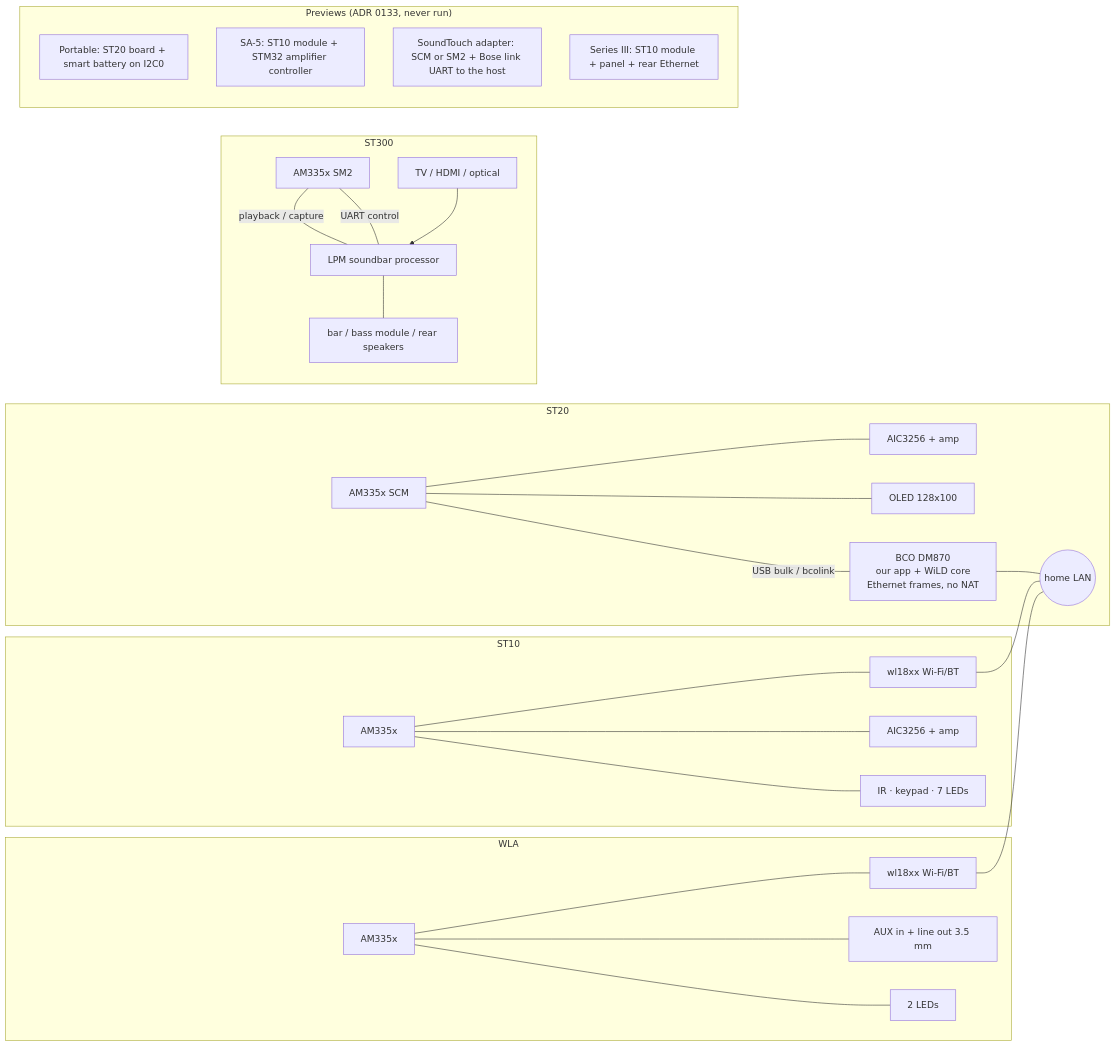
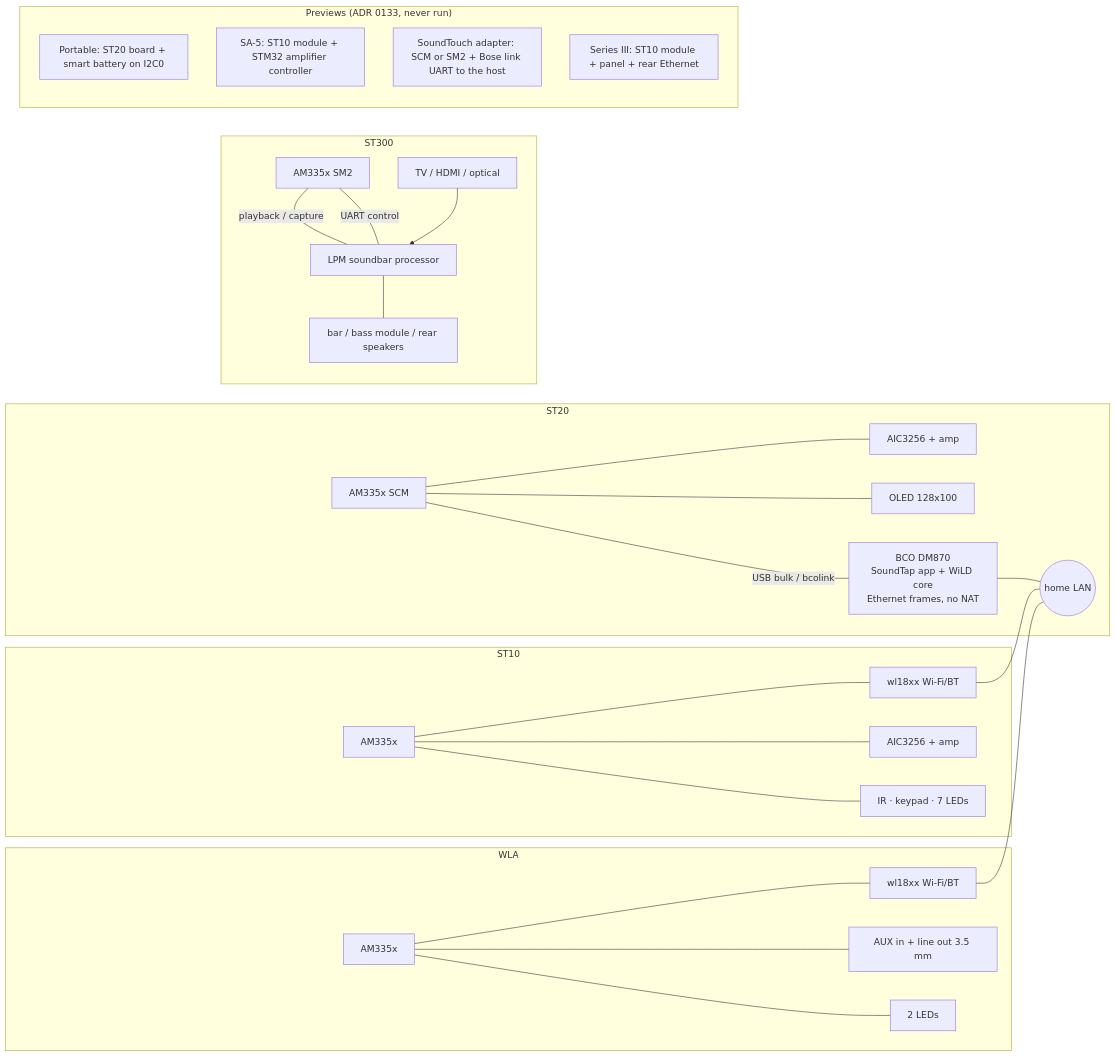
Before and after one commit to stein155/soundtap: the second of 9 diagrams in docs/contributors/design.md, drawn with Mermaid. The commit also changed other lines of this file and 70 other files, not shown here.

````diff
--- a/docs/contributors/design.md
+++ b/docs/contributors/design.md
@@ -153,33 +154,33 @@
 ```mermaid
 flowchart LR
   subgraph ST10
     A1[AM335x] --- W1[wl18xx Wi-Fi/BT]
     A1 --- C1[AIC3256 + amp]
     A1 --- I1[IR · keypad · 7 LEDs]
   end
   subgraph WLA
     A2[AM335x] --- W2[wl18xx Wi-Fi/BT]
     A2 --- C2[AUX in + line out 3.5 mm]
     A2 --- L2[2 LEDs]
   end
   subgraph ST20
     A3[AM335x SCM] --- C3[AIC3256 + amp]
     A3 --- O3[OLED 128x100]
-    A3 -- USB bulk / bcolink --- BCO[BCO DM870<br/>our app + WiLD core<br/>Ethernet frames, no NAT]
+    A3 -- USB bulk / bcolink --- BCO[BCO DM870<br/>SoundTap app + WiLD core<br/>Ethernet frames, no NAT]
     BCO --- LAN((home LAN))
   end
   subgraph ST300
     A4[AM335x SM2] -- playback / capture --- P4[LPM soundbar processor]
     A4 -- UART control --- P4
     TV4[TV / HDMI / optical] --> P4
     P4 --- OUT4[bar / bass module / rear speakers]
   end
   subgraph Previews["Previews (ADR 0133, never run)"]
     PT[Portable: ST20 board + smart battery on I2C0]
     SA[SA-5: ST10 module + STM32 amplifier controller]
     AD[SoundTouch adapter: SCM or SM2 + Bose link UART to the host]
     S3[Series III: ST10 module + panel + rear Ethernet]
   end
   W1 --- LAN
   W2 --- LAN
 ```
````
